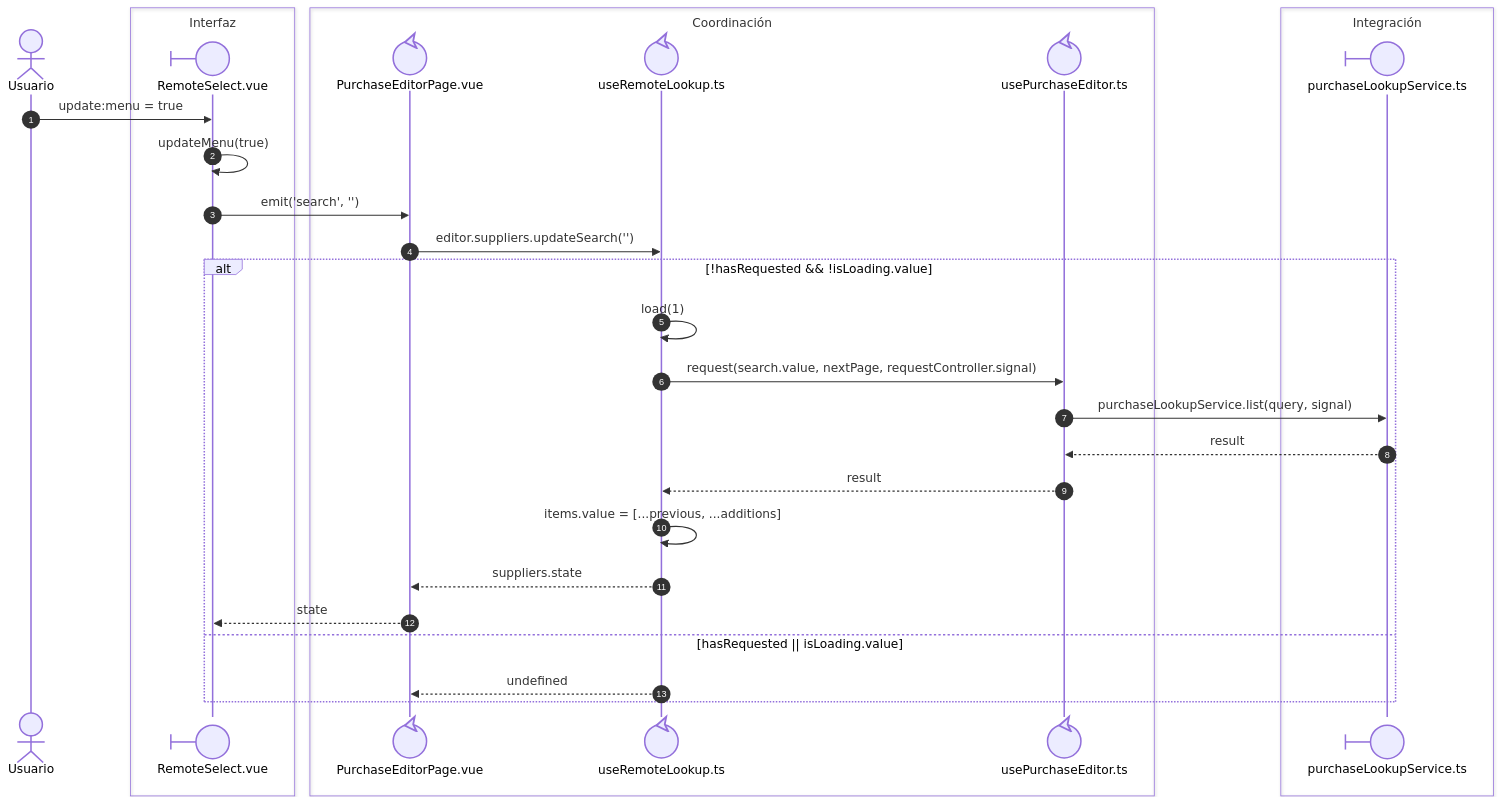
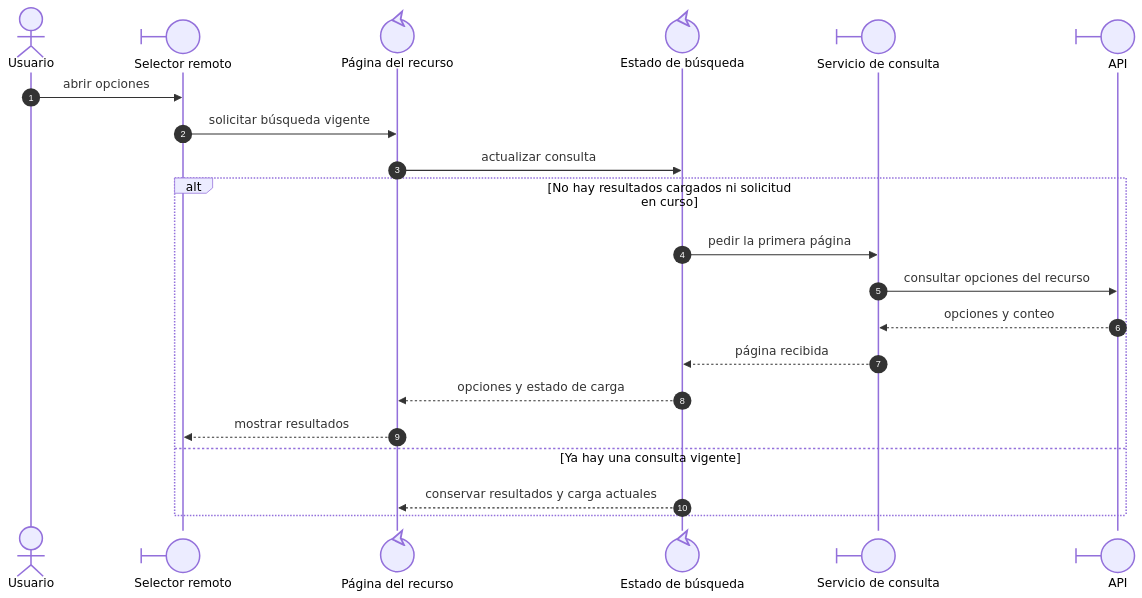
One commit to gpgsistemas01/nexus changed the first of 2 diagrams in front/docs/architecture/views/processes/02-shared-runtime/03-remote-lookup.md. Above: the diagram before and after it, drawn with Mermaid. The commit also changed other lines of this file and 135 other files, not shown here.

Commit message:
docs: align architecture and requirements diagrams

````diff
--- a/front/docs/architecture/views/processes/02-shared-runtime/03-remote-lookup.md
+++ b/front/docs/architecture/views/processes/02-shared-runtime/03-remote-lookup.md
@@ -17,32 +12,23 @@
 ```mermaid
 sequenceDiagram
     autonumber
-    actor U as Usuario
-    box Interfaz
-    participant Select@{ "type": "boundary" } as RemoteSelect.vue
-    end
-    box Coordinación
-    participant Page@{ "type": "control" } as PurchaseEditorPage.vue
-    participant Lookup@{ "type": "control" } as useRemoteLookup.ts
-    participant Editor@{ "type": "control" } as usePurchaseEditor.ts
-    end
-    box Integración
-    participant Service@{ "type": "boundary" } as purchaseLookupService.ts
-    end
-    U->>Select: nowrap: update:menu = true
-    Select->>Select: nowrap: updateMenu(true)
-    Select->>Page: nowrap: emit('search', '')
-    Page->>Lookup: nowrap: editor.suppliers.updateSearch('')
-    alt nowrap: !hasRequested && !isLoading.value
-        Lookup->>Lookup: nowrap: load(1)
-        Lookup->>Editor: nowrap: request(search.value, nextPage, requestController.signal)
-        Editor->>Service: nowrap: purchaseLookupService.list(query, signal)
-        Service-->>Editor: nowrap: result
-        Editor-->>Lookup: nowrap: result
-        Lookup->>Lookup: nowrap: items.value = [...previous, ...additions]
-        Lookup-->>Page: nowrap: suppliers.state
-        Page-->>Select: nowrap: state
-    else nowrap: hasRequested || isLoading.value
-        Lookup-->>Page: nowrap: undefined
+    actor Usuario
+    participant Select@{ "type": "boundary" } as Selector remoto
+    participant Page@{ "type": "control" } as Página del recurso
+    participant Lookup@{ "type": "control" } as Estado de búsqueda
+    participant Service@{ "type": "boundary" } as Servicio de consulta
+    participant API@{ "type": "boundary" } as API
+    Usuario->>Select: abrir opciones
+    Select->>Page: solicitar búsqueda vigente
+    Page->>Lookup: actualizar consulta
+    alt No hay resultados cargados ni solicitud en curso
+        Lookup->>Service: pedir la primera página
+        Service->>API: consultar opciones del recurso
+        API-->>Service: opciones y conteo
+        Service-->>Lookup: página recibida
+        Lookup-->>Page: opciones y estado de carga
+        Page-->>Select: mostrar resultados
+    else Ya hay una consulta vigente
+        Lookup-->>Page: conservar resultados y carga actuales
     end
 ```
````
